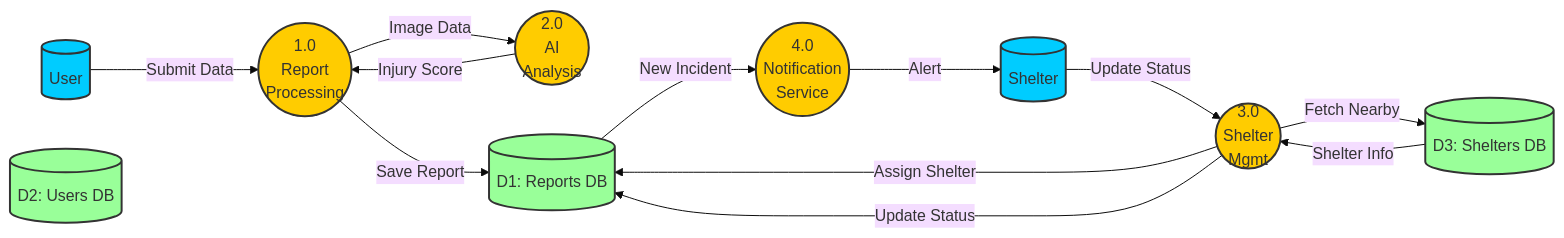
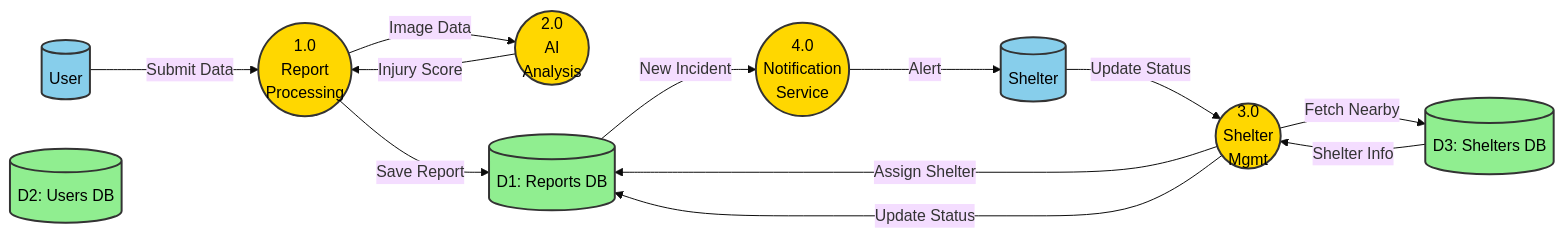
One commit to jattu8602/animal-helpline changed the second of 3 diagrams in dfd_diagrams.md. Above: the diagram before and after it, drawn with Mermaid (base theme). The commit also changed other lines of this file, not shown here.

Commit message:
refactor: Adjust DFD diagram element colors, text colors, and label formatting.

````diff
--- a/dfd_diagrams.md
+++ b/dfd_diagrams.md
@@ -45,41 +45,42 @@
 ```mermaid
 graph LR
     %% Entities
     User[("User")]
     Shelter[("Shelter")]
 
     %% Processes
     P1(("1.0<br/>Report<br/>Processing"))
     P2(("2.0<br/>AI<br/>Analysis"))
     P3(("3.0<br/>Shelter<br/>Mgmt"))
     P4(("4.0<br/>Notification<br/>Service"))
 
     %% Data Stores
     D1[("D1: Reports DB")]
     D2[("D2: Users DB")]
     D3[("D3: Shelters DB")]
 
     %% Flows
     User -->|Submit Data| P1
     P1 -->|Image Data| P2
     P2 -->|Injury Score| P1
     P1 -->|Save Report| D1
 
     P3 -->|Fetch Nearby| D3
     D3 -->|Shelter Info| P3
     P3 -->|Assign Shelter| D1
 
     D1 -->|New Incident| P4
     P4 -->|Alert| Shelter
     Shelter -->|Update Status| P3
     P3 -->|Update Status| D1
 
     %% Styling
-    classDef process fill:#ffcc00,stroke:#333,stroke-width:2px;
-    classDef store fill:#99ff99,stroke:#333,stroke-width:2px;
-    classDef entity fill:#00ccff,stroke:#333,stroke-width:2px;
+    %% Styling
+    classDef process fill:#FFD700,stroke:#333,stroke-width:2px,color:black;
+    classDef store fill:#90EE90,stroke:#333,stroke-width:2px,color:black;
+    classDef entity fill:#87CEEB,stroke:#333,stroke-width:2px,color:black;
 
     class P1,P2,P3,P4 process
     class D1,D2,D3 store
     class User,Shelter entity
 ```
````
